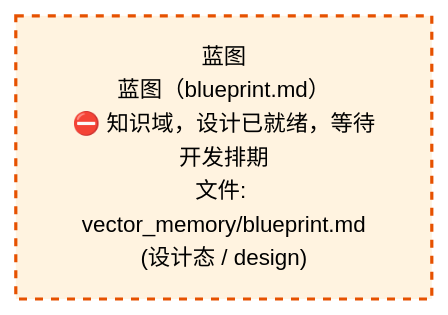
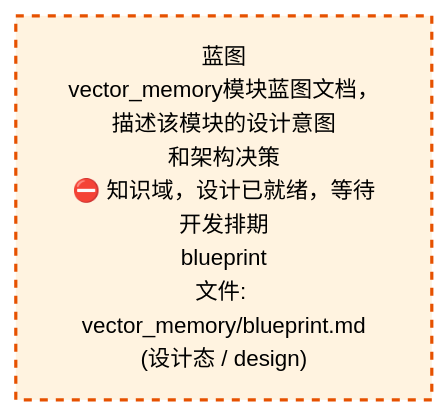
Before and after one commit to xuanFelixVan/ZephyrAlpha: the second of 2 diagrams in docs/02_enterprise_architecture/02_domain_architecture_docs/58_d_knowledge.md, drawn with Mermaid. The commit also changed other lines of this file and 62 other files, not shown here.

````diff
--- a/docs/02_enterprise_architecture/02_domain_architecture_docs/58_d_knowledge.md
+++ b/docs/02_enterprise_architecture/02_domain_architecture_docs/58_d_knowledge.md
@@ -74,10 +74,10 @@
 ```mermaid
 %%{init: {'theme': 'base', 'themeVariables': {'primaryColor': '#eaeaea', 'primaryTextColor': '#333333', 'primaryBorderColor': '#666666', 'lineColor': '#666666', 'secondaryColor': '#eaeaea', 'tertiaryColor': '#eaeaea', 'fontSize': '14px'}}}%%
 flowchart TD
-    docs_03_modules_domain_knowledge_vector_memory_blueprint_md["蓝图<br/>蓝图（blueprint.md）<br/>⛔ 知识域，设计已就绪，等待开发排期<br/>文件: vector_memory/blueprint.md<br/>(设计态 / design)"]
+    docs_03_modules_domain_knowledge_vector_memory_blueprint_md["蓝图<br/>vector_memory模块蓝图文档，描述该模块的设计意图<br/>和架构决策<br/>⛔ 知识域，设计已就绪，等待开发排期<br/>blueprint<br/>文件: vector_memory/blueprint.md<br/>(设计态 / design)"]
     classDef production fill:#e1f5fe,stroke:#01579b,stroke-width:2px,color:#000
     classDef design fill:#fff3e0,stroke:#e65100,stroke-width:2px,color:#000,stroke-dasharray: 5 5
     classDef external_prod fill:#e8f4fd,stroke:#0277bd,stroke-width:1px,color:#000
     classDef external_design fill:#fff8e7,stroke:#ef6c00,stroke-width:1px,color:#000,stroke-dasharray: 5 5
     class docs_03_modules_domain_knowledge_vector_memory_blueprint_md design
 ```
````
